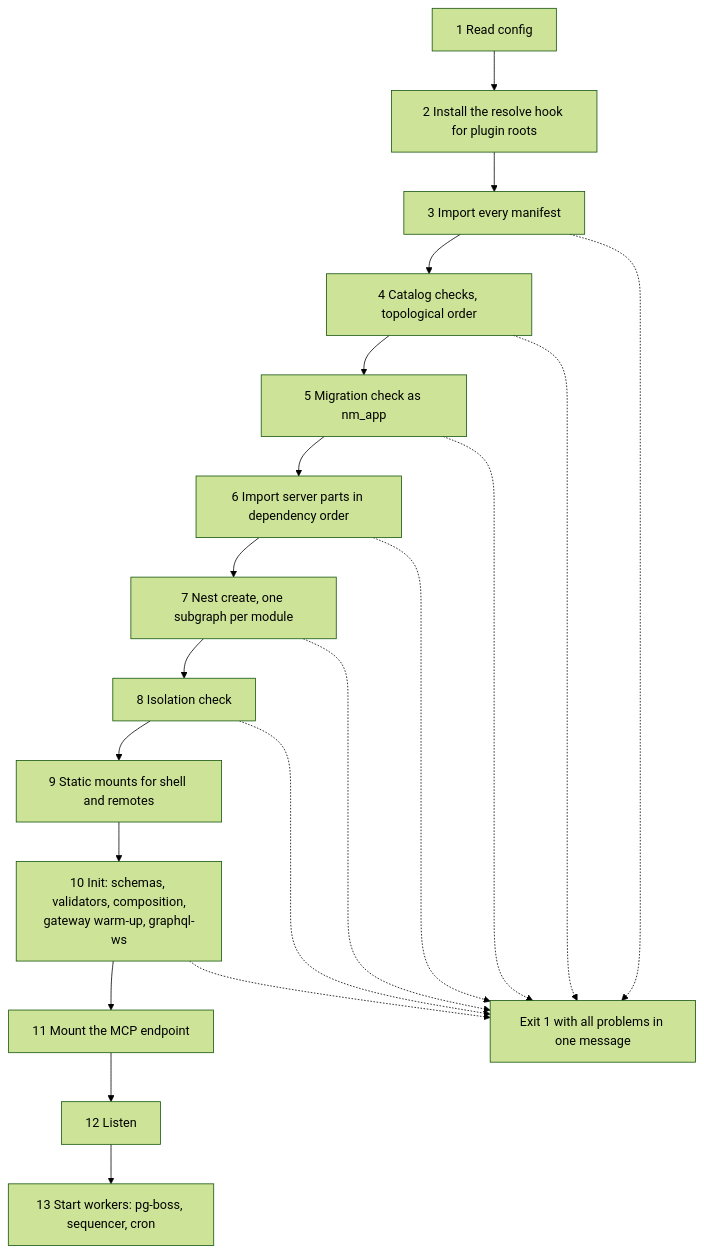
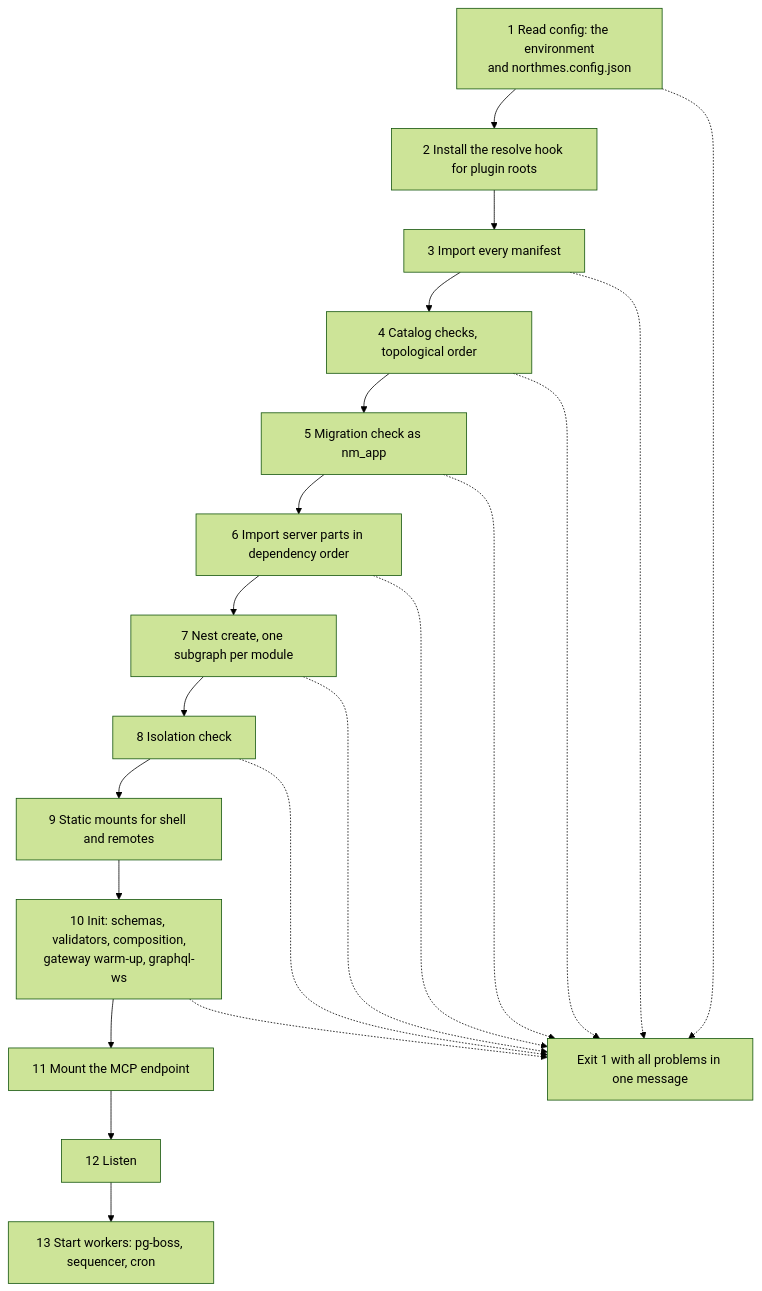
One commit to northMES/northmes changed the seventh of 7 diagrams in docs/plan/02-architecture.md. Above: the diagram before and after it, drawn with Mermaid (forest theme). The commit also changed other lines of this file and 14 other files, not shown here.

````diff
--- a/docs/plan/02-architecture.md
+++ b/docs/plan/02-architecture.md
@@ -385,22 +385,23 @@
 ```mermaid
 flowchart TD
-  s1["1 Read config"] --> s2["2 Install the resolve hook for plugin roots"]
+  s1["1 Read config: the environment<br/>and northmes.config.json"] --> s2["2 Install the resolve hook for plugin roots"]
   s2 --> s3["3 Import every manifest"]
   s3 --> s4["4 Catalog checks, topological order"]
   s4 --> s5["5 Migration check as nm_app"]
   s5 --> s6["6 Import server parts in dependency order"]
   s6 --> s7["7 Nest create, one subgraph per module"]
   s7 --> s8["8 Isolation check"]
   s8 --> s9["9 Static mounts for shell and remotes"]
   s9 --> s10["10 Init: schemas, validators, composition,<br/>gateway warm-up, graphql-ws"]
   s10 --> s11["11 Mount the MCP endpoint"]
   s11 --> s12["12 Listen"]
   s12 --> s13["13 Start workers: pg-boss, sequencer, cron"]
-  s3 -.-> fail["Exit 1 with all problems in one message"]
+  s1 -.-> fail["Exit 1 with all problems in one message"]
+  s3 -.-> fail
   s4 -.-> fail
   s5 -.-> fail
   s6 -.-> fail
   s7 -.-> fail
   s8 -.-> fail
   s10 -.-> fail
 ```
````
